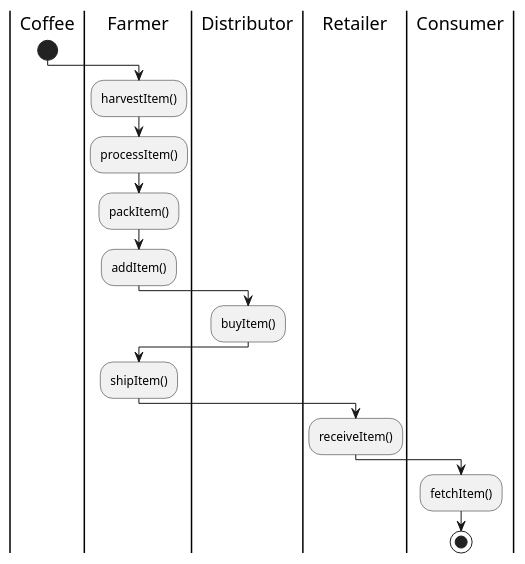
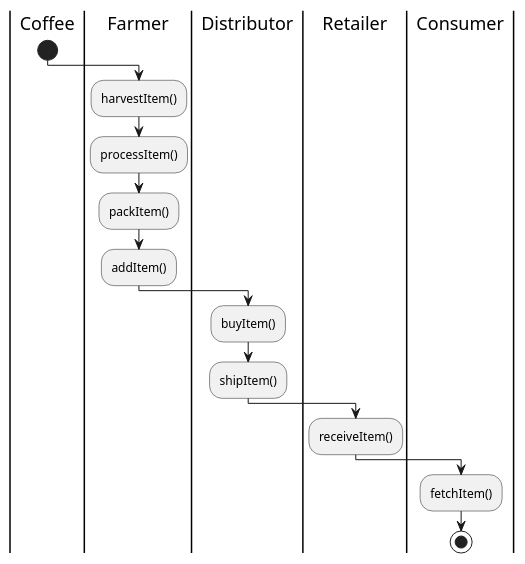
One commit to LiewJunTung/CoffeeSupplyChain changed the diagram in documentation/uml/activity.puml. Above: the diagram before and after it, drawn with PlantUML. The commit also changed 4 other files, not shown here.

Commit message:
docs: :memo: fix uml

```diff
--- a/documentation/uml/activity.puml
+++ b/documentation/uml/activity.puml
@@ -1,19 +1,18 @@
 @startuml
 
 | Coffee |
 start
 | Farmer |
 :harvestItem();
 :processItem();
 :packItem();
 :addItem();
 | Distributor |
 :buyItem();
-| Farmer |
 :shipItem();
 | Retailer |
 :receiveItem();
 | Consumer |
 :fetchItem();
 stop
 @enduml
```
